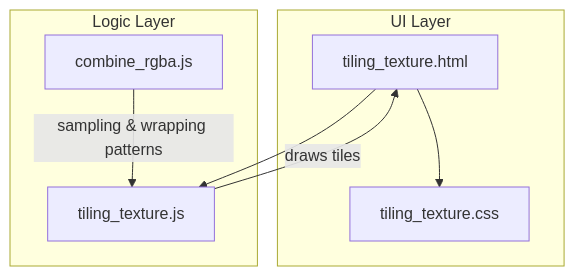
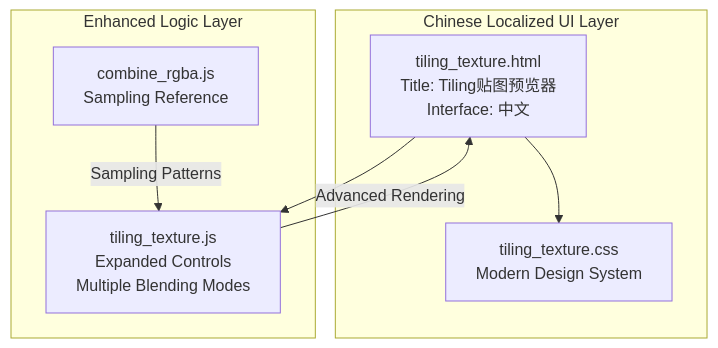
One commit to treasureGrove/TAWEBTOOL changed the first of 9 diagrams in .qoder/repowiki/en/content/Image Processing Tools/Tiling Texture Preview.md. Above: the diagram before and after it, drawn with Mermaid. The commit also changed other lines of this file and 30 other files, not shown here.

````diff
--- a/.qoder/repowiki/en/content/Image Processing Tools/Tiling Texture Preview.md
+++ b/.qoder/repowiki/en/content/Image Processing Tools/Tiling Texture Preview.md
@@ -36,15 +45,15 @@
 ```mermaid
 graph TB
-subgraph "UI Layer"
-HTML["tiling_texture.html"]
-CSS["tiling_texture.css"]
+subgraph "Chinese Localized UI Layer"
+HTML["tiling_texture.html<br/>Title: Tiling贴图预览器<br/>Interface: 中文"]
+CSS["tiling_texture.css<br/>Modern Design System"]
 end
-subgraph "Logic Layer"
-JS["tiling_texture.js"]
-COMB["combine_rgba.js"]
+subgraph "Enhanced Logic Layer"
+JS["tiling_texture.js<br/>Expanded Controls<br/>Multiple Blending Modes"]
+COMB["combine_rgba.js<br/>Sampling Reference"]
 end
 HTML --> JS
 HTML --> CSS
-JS --> |"draws tiles"| HTML
-COMB --> |"sampling & wrapping patterns"| JS
+JS --> |"Advanced Rendering"| HTML
+COMB --> |"Sampling Patterns"| JS
 ```
````
